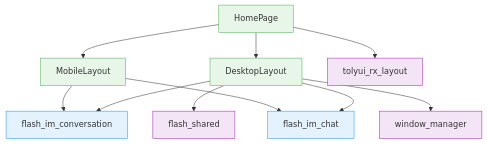
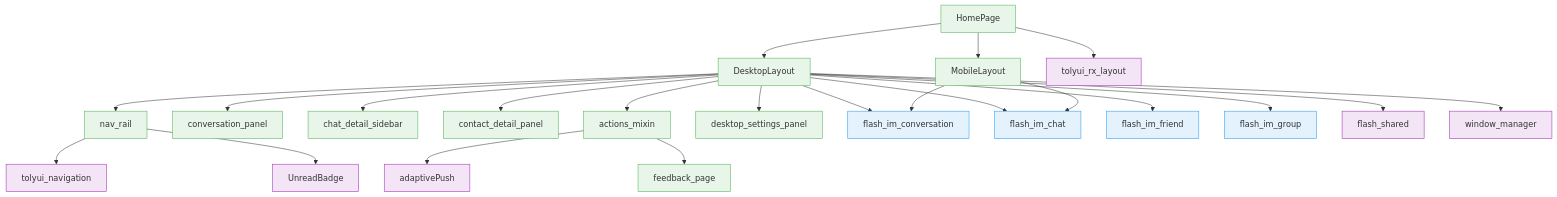
The first of 6 diagrams in docs/features/archiver/modules/desktop/client.md (toly1994328/flash_im_by_ai), drawn with Mermaid before and after one commit. The commit also changed other lines of this file and 2 other files, not shown here.

````diff
--- a/docs/features/archiver/modules/desktop/client.md
+++ b/docs/features/archiver/modules/desktop/client.md
@@ -24,21 +29,45 @@
 ```mermaid
 graph TB
     HP[HomePage] --> DL[DesktopLayout]
     HP --> ML[MobileLayout]
     HP --> RX[tolyui_rx_layout]
+    DL --> NR[nav_rail]
+    DL --> CP_PANEL[conversation_panel]
+    DL --> CDS[chat_detail_sidebar]
+    DL --> CDP[contact_detail_panel]
+    DL --> AM[actions_mixin]
+    DL --> DSP[desktop_settings_panel]
+    NR --> TDM[tolyui_navigation]
+    NR --> BADGE[UnreadBadge]
+    AM --> AP[adaptivePush]
+    AM --> FBP[feedback_page]
     DL --> CONV[flash_im_conversation]
     DL --> CHAT[flash_im_chat]
+    DL --> FRIEND[flash_im_friend]
+    DL --> GROUP[flash_im_group]
     DL --> SHARED[flash_shared]
     DL --> WM[window_manager]
     ML --> CONV
     ML --> CHAT
 
     style HP fill:#E8F5E9,stroke:#4CAF50
     style DL fill:#E8F5E9,stroke:#4CAF50
     style ML fill:#E8F5E9,stroke:#4CAF50
+    style NR fill:#E8F5E9,stroke:#4CAF50
+    style CP_PANEL fill:#E8F5E9,stroke:#4CAF50
+    style CDS fill:#E8F5E9,stroke:#4CAF50
+    style CDP fill:#E8F5E9,stroke:#4CAF50
+    style AM fill:#E8F5E9,stroke:#4CAF50
+    style DSP fill:#E8F5E9,stroke:#4CAF50
+    style FBP fill:#E8F5E9,stroke:#4CAF50
     style RX fill:#F3E5F5,stroke:#9C27B0
+    style TDM fill:#F3E5F5,stroke:#9C27B0
+    style BADGE fill:#F3E5F5,stroke:#9C27B0
+    style AP fill:#F3E5F5,stroke:#9C27B0
     style CONV fill:#E3F2FD,stroke:#2196F3
     style CHAT fill:#E3F2FD,stroke:#2196F3
+    style FRIEND fill:#E3F2FD,stroke:#2196F3
+    style GROUP fill:#E3F2FD,stroke:#2196F3
     style SHARED fill:#F3E5F5,stroke:#9C27B0
     style WM fill:#F3E5F5,stroke:#9C27B0
 ```
````
